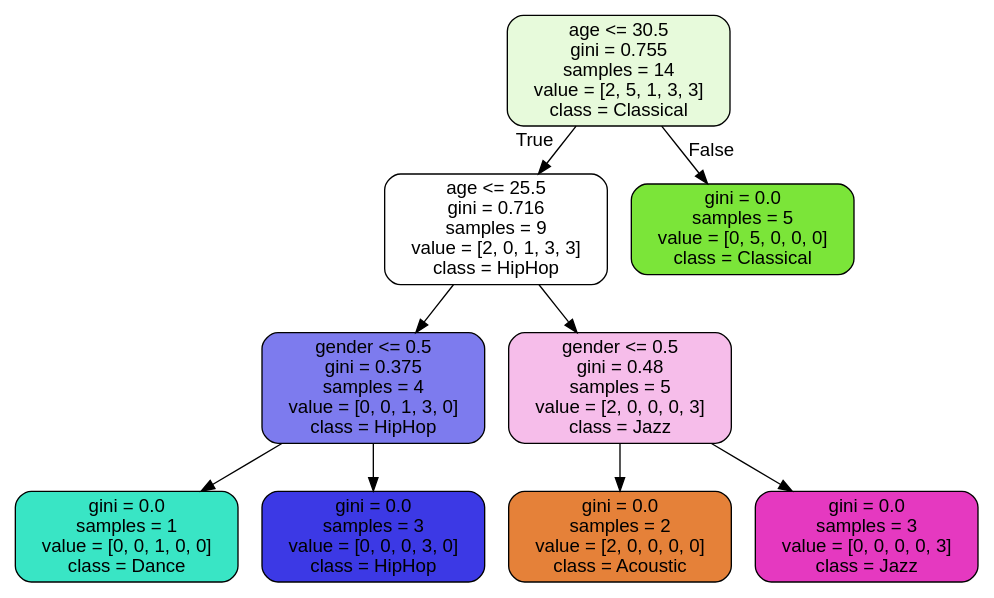
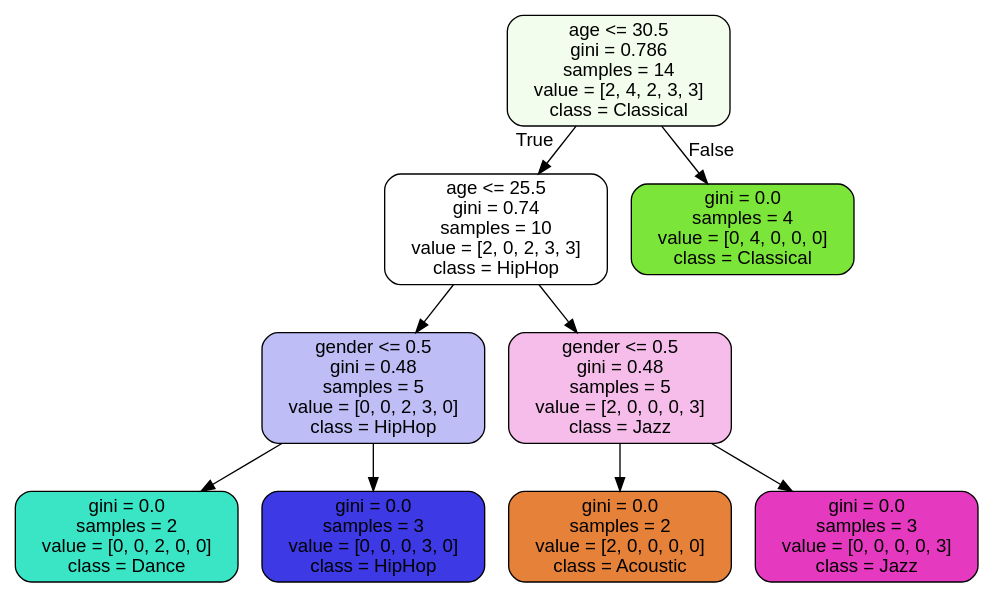
One commit to ZachParent/mai-intro-to-machine-learning changed the diagram in practical1/zachparent/music-recommender.dot. Above: the diagram before and after it, drawn with Graphviz. The commit also changed 1 other file, not shown here.

```diff
--- a/practical1/zachparent/music-recommender.dot
+++ b/practical1/zachparent/music-recommender.dot
@@ -1,21 +1,21 @@
 digraph Tree {
 node [shape=box, style="filled, rounded", color="black", fontname="helvetica"] ;
 edge [fontname="helvetica"] ;
-0 [label="age <= 30.5\ngini = 0.755\nsamples = 14\nvalue = [2, 5, 1, 3, 3]\nclass = Classical", fillcolor="#e7fadb"] ;
-1 [label="age <= 25.5\ngini = 0.716\nsamples = 9\nvalue = [2, 0, 1, 3, 3]\nclass = HipHop", fillcolor="#ffffff"] ;
+0 [label="age <= 30.5\ngini = 0.786\nsamples = 14\nvalue = [2, 4, 2, 3, 3]\nclass = Classical", fillcolor="#f3fded"] ;
+1 [label="age <= 25.5\ngini = 0.74\nsamples = 10\nvalue = [2, 0, 2, 3, 3]\nclass = HipHop", fillcolor="#ffffff"] ;
 0 -> 1 [labeldistance=2.5, labelangle=45, headlabel="True"] ;
-2 [label="gender <= 0.5\ngini = 0.375\nsamples = 4\nvalue = [0, 0, 1, 3, 0]\nclass = HipHop", fillcolor="#7d7bee"] ;
+2 [label="gender <= 0.5\ngini = 0.48\nsamples = 5\nvalue = [0, 0, 2, 3, 0]\nclass = HipHop", fillcolor="#bebdf6"] ;
 1 -> 2 ;
-3 [label="gini = 0.0\nsamples = 1\nvalue = [0, 0, 1, 0, 0]\nclass = Dance", fillcolor="#39e5c5"] ;
+3 [label="gini = 0.0\nsamples = 2\nvalue = [0, 0, 2, 0, 0]\nclass = Dance", fillcolor="#39e5c5"] ;
 2 -> 3 ;
 4 [label="gini = 0.0\nsamples = 3\nvalue = [0, 0, 0, 3, 0]\nclass = HipHop", fillcolor="#3c39e5"] ;
 2 -> 4 ;
 5 [label="gender <= 0.5\ngini = 0.48\nsamples = 5\nvalue = [2, 0, 0, 0, 3]\nclass = Jazz", fillcolor="#f6bdea"] ;
 1 -> 5 ;
 6 [label="gini = 0.0\nsamples = 2\nvalue = [2, 0, 0, 0, 0]\nclass = Acoustic", fillcolor="#e58139"] ;
 5 -> 6 ;
 7 [label="gini = 0.0\nsamples = 3\nvalue = [0, 0, 0, 0, 3]\nclass = Jazz", fillcolor="#e539c0"] ;
 5 -> 7 ;
-8 [label="gini = 0.0\nsamples = 5\nvalue = [0, 5, 0, 0, 0]\nclass = Classical", fillcolor="#7be539"] ;
+8 [label="gini = 0.0\nsamples = 4\nvalue = [0, 4, 0, 0, 0]\nclass = Classical", fillcolor="#7be539"] ;
 0 -> 8 [labeldistance=2.5, labelangle=-45, headlabel="False"] ;
 }
```
